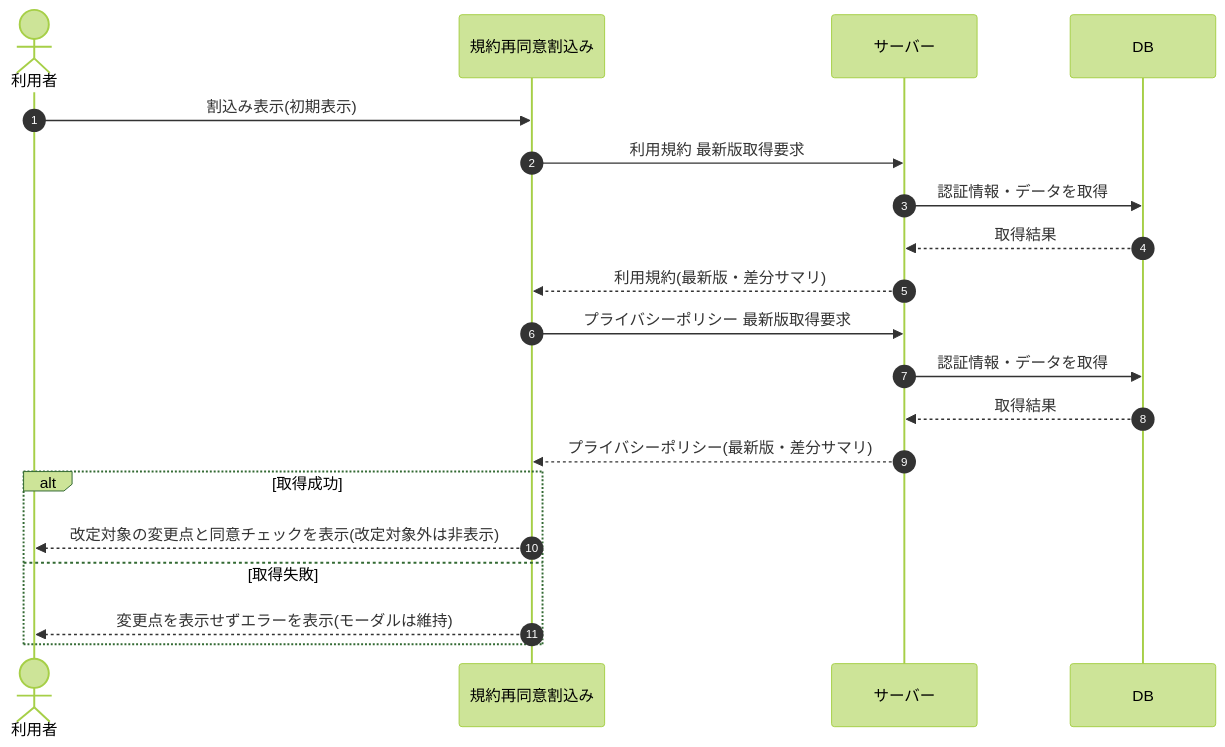
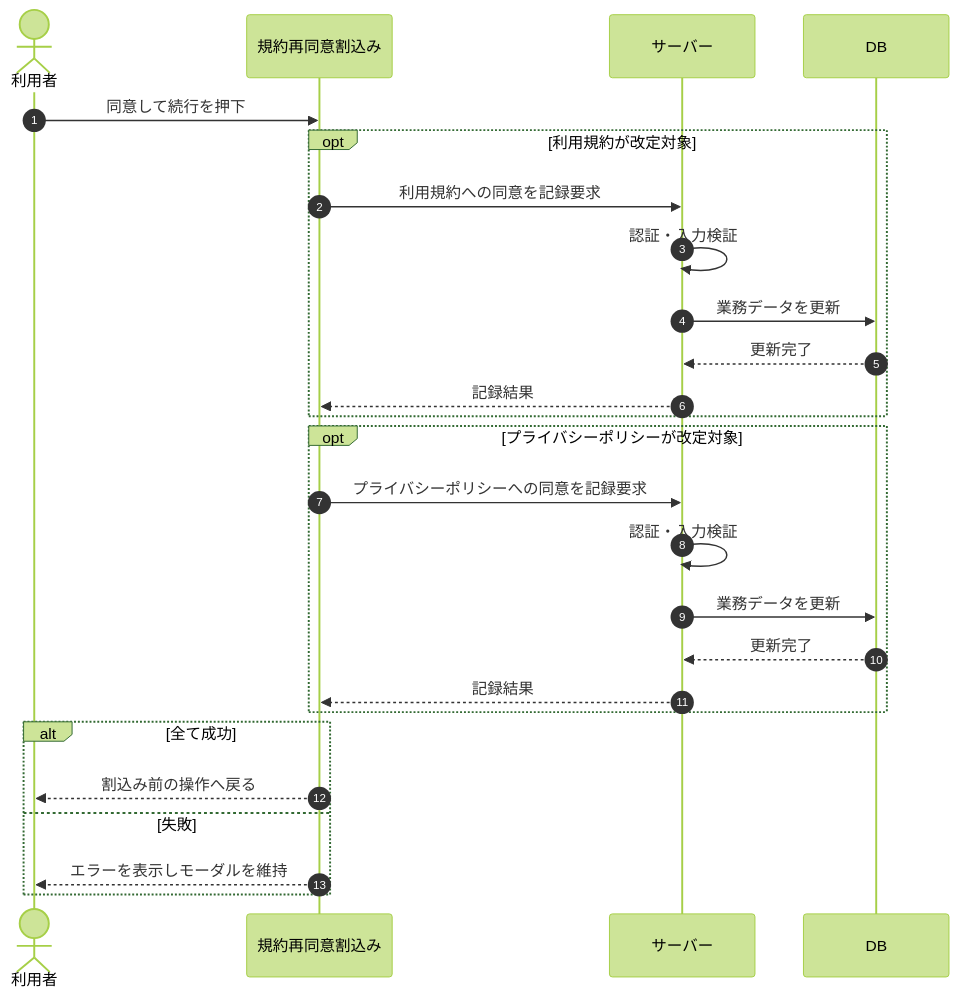
One commit to sikakou54/open-faq changed the diagram in 02_basic_design/03_sequences/SEQ-067.md. Above: the diagram before and after it, drawn with Mermaid (forest theme). The commit also changed other lines of this file and 395 other files, not shown here.

````diff
--- a/02_basic_design/03_sequences/SEQ-067.md
+++ b/02_basic_design/03_sequences/SEQ-067.md
@@ -25,22 +25,28 @@
 ```mermaid
 sequenceDiagram
   autonumber
   actor U as 利用者
   participant Screen as 規約再同意割込み
   participant Server as サーバー
   participant DB as DB
-  U->>Screen: 割込み表示(初期表示)
-  Screen->>Server: 利用規約 最新版取得要求
-  Server->>DB: 認証情報・データを取得
-  DB-->>Server: 取得結果
-  Server-->>Screen: 利用規約(最新版・差分サマリ)
-  Screen->>Server: プライバシーポリシー 最新版取得要求
-  Server->>DB: 認証情報・データを取得
-  DB-->>Server: 取得結果
-  Server-->>Screen: プライバシーポリシー(最新版・差分サマリ)
-  alt 取得成功
-    Screen-->>U: 改定対象の変更点と同意チェックを表示(改定対象外は非表示)
-  else 取得失敗
-    Screen-->>U: 変更点を表示せずエラーを表示(モーダルは維持)
+  U->>Screen: 同意して続行を押下
+  opt 利用規約が改定対象
+    Screen->>Server: 利用規約への同意を記録要求
+    Server->>Server: 認証・入力検証
+    Server->>DB: 業務データを更新
+    DB-->>Server: 更新完了
+    Server-->>Screen: 記録結果
+  end
+  opt プライバシーポリシーが改定対象
+    Screen->>Server: プライバシーポリシーへの同意を記録要求
+    Server->>Server: 認証・入力検証
+    Server->>DB: 業務データを更新
+    DB-->>Server: 更新完了
+    Server-->>Screen: 記録結果
+  end
+  alt 全て成功
+    Screen-->>U: 割込み前の操作へ戻る
+  else 失敗
+    Screen-->>U: エラーを表示しモーダルを維持
   end
 ```
````
